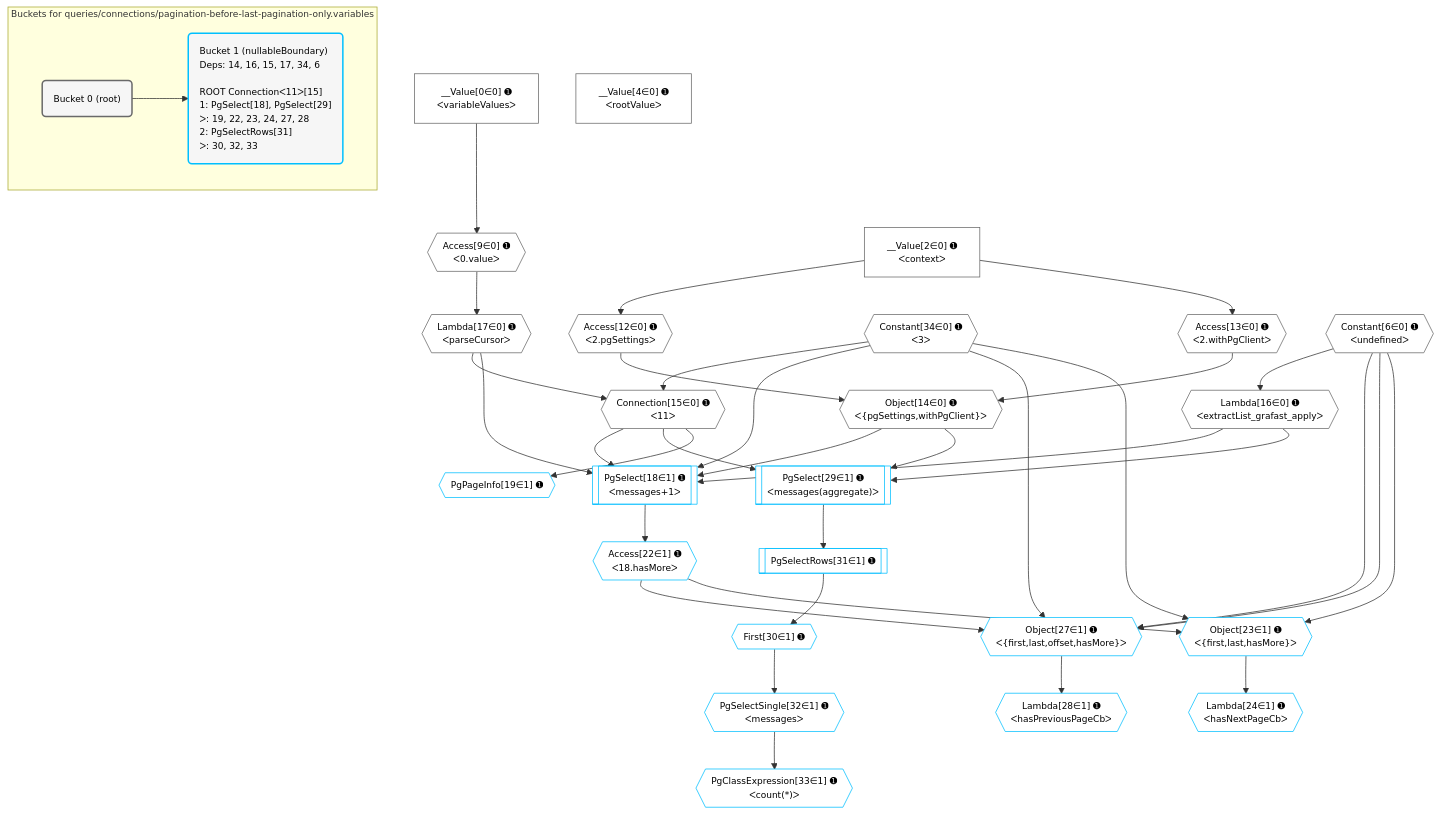
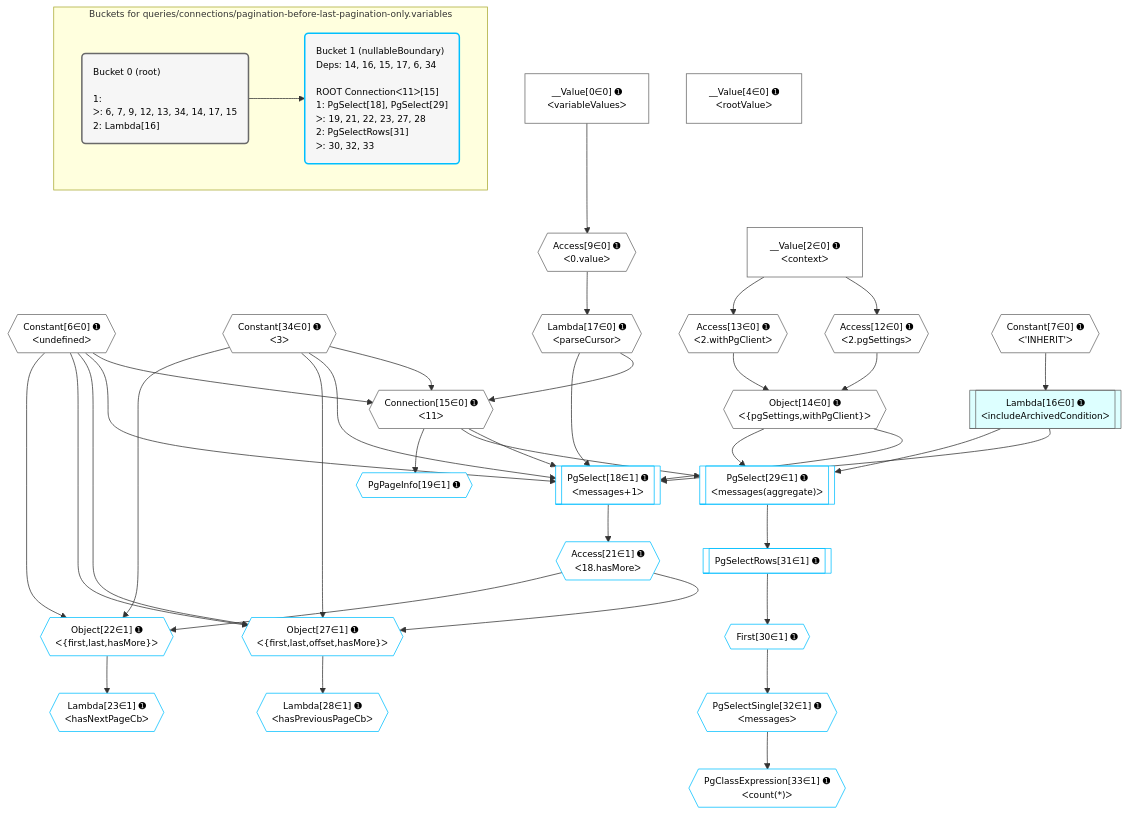
One commit to graphile/crystal changed the diagram in grafast/dataplan-pg/__tests__/queries/connections/pagination-before-last-pagination-only.variables.mermaid. Above: the diagram before and after it, drawn with Mermaid. The commit also changed 13 other files, not shown here.

```diff
--- a/grafast/dataplan-pg/__tests__/queries/connections/pagination-before-last-pagination-only.variables.mermaid
+++ b/grafast/dataplan-pg/__tests__/queries/connections/pagination-before-last-pagination-only.variables.mermaid
@@ -1,66 +1,67 @@
 %%{init: {'themeVariables': { 'fontSize': '12px'}}}%%
 graph TD
     classDef path fill:#eee,stroke:#000,color:#000
     classDef plan fill:#fff,stroke-width:1px,color:#000
     classDef itemplan fill:#fff,stroke-width:2px,color:#000
     classDef unbatchedplan fill:#dff,stroke-width:1px,color:#000
     classDef sideeffectplan fill:#fcc,stroke-width:2px,color:#000
     classDef bucket fill:#f6f6f6,color:#000,stroke-width:2px,text-align:left
 
 
     %% plan dependencies
+    Connection15{{"Connection[15∈0] ➊<br />ᐸ11ᐳ"}}:::plan
+    Constant6{{"Constant[6∈0] ➊<br />ᐸundefinedᐳ"}}:::plan
+    Constant34{{"Constant[34∈0] ➊<br />ᐸ3ᐳ"}}:::plan
+    Lambda17{{"Lambda[17∈0] ➊<br />ᐸparseCursorᐳ"}}:::plan
+    Constant6 & Constant34 & Lambda17 --> Connection15
     Object14{{"Object[14∈0] ➊<br />ᐸ{pgSettings,withPgClient}ᐳ"}}:::plan
     Access12{{"Access[12∈0] ➊<br />ᐸ2.pgSettingsᐳ"}}:::plan
     Access13{{"Access[13∈0] ➊<br />ᐸ2.withPgClientᐳ"}}:::plan
     Access12 & Access13 --> Object14
-    Connection15{{"Connection[15∈0] ➊<br />ᐸ11ᐳ"}}:::plan
-    Constant34{{"Constant[34∈0] ➊<br />ᐸ3ᐳ"}}:::plan
-    Lambda17{{"Lambda[17∈0] ➊<br />ᐸparseCursorᐳ"}}:::plan
-    Constant34 & Lambda17 --> Connection15
     Access9{{"Access[9∈0] ➊<br />ᐸ0.valueᐳ"}}:::plan
     __Value0["__Value[0∈0] ➊<br />ᐸvariableValuesᐳ"]:::plan
     __Value0 --> Access9
     __Value2["__Value[2∈0] ➊<br />ᐸcontextᐳ"]:::plan
     __Value2 --> Access12
     __Value2 --> Access13
-    Lambda16{{"Lambda[16∈0] ➊<br />ᐸextractList_grafast_applyᐳ"}}:::plan
-    Constant6{{"Constant[6∈0] ➊<br />ᐸundefinedᐳ"}}:::plan
-    Constant6 --> Lambda16
+    Lambda16[["Lambda[16∈0] ➊<br />ᐸincludeArchivedConditionᐳ"]]:::unbatchedplan
+    Constant7{{"Constant[7∈0] ➊<br />ᐸ'INHERIT'ᐳ"}}:::plan
+    Constant7 --> Lambda16
     Access9 --> Lambda17
     __Value4["__Value[4∈0] ➊<br />ᐸrootValueᐳ"]:::plan
     PgSelect18[["PgSelect[18∈1] ➊<br />ᐸmessages+1ᐳ"]]:::plan
-    Object14 & Lambda16 & Connection15 & Lambda17 & Constant34 --> PgSelect18
+    Object14 & Lambda16 & Connection15 & Lambda17 & Constant6 & Constant34 --> PgSelect18
     Object27{{"Object[27∈1] ➊<br />ᐸ{first,last,offset,hasMore}ᐳ"}}:::plan
-    Access22{{"Access[22∈1] ➊<br />ᐸ18.hasMoreᐳ"}}:::plan
-    Constant6 & Constant34 & Constant6 & Access22 --> Object27
-    Object23{{"Object[23∈1] ➊<br />ᐸ{first,last,hasMore}ᐳ"}}:::plan
-    Constant6 & Constant34 & Access22 --> Object23
+    Access21{{"Access[21∈1] ➊<br />ᐸ18.hasMoreᐳ"}}:::plan
+    Constant6 & Constant34 & Constant6 & Access21 --> Object27
+    Object22{{"Object[22∈1] ➊<br />ᐸ{first,last,hasMore}ᐳ"}}:::plan
+    Constant6 & Constant34 & Access21 --> Object22
     PgSelect29[["PgSelect[29∈1] ➊<br />ᐸmessages(aggregate)ᐳ"]]:::plan
     Object14 & Lambda16 & Connection15 --> PgSelect29
     PgPageInfo19{{"PgPageInfo[19∈1] ➊"}}:::plan
     Connection15 --> PgPageInfo19
-    PgSelect18 --> Access22
-    Lambda24{{"Lambda[24∈1] ➊<br />ᐸhasNextPageCbᐳ"}}:::plan
-    Object23 --> Lambda24
+    PgSelect18 --> Access21
+    Lambda23{{"Lambda[23∈1] ➊<br />ᐸhasNextPageCbᐳ"}}:::plan
+    Object22 --> Lambda23
     Lambda28{{"Lambda[28∈1] ➊<br />ᐸhasPreviousPageCbᐳ"}}:::plan
     Object27 --> Lambda28
     First30{{"First[30∈1] ➊"}}:::plan
     PgSelectRows31[["PgSelectRows[31∈1] ➊"]]:::plan
     PgSelectRows31 --> First30
     PgSelect29 --> PgSelectRows31
     PgSelectSingle32{{"PgSelectSingle[32∈1] ➊<br />ᐸmessagesᐳ"}}:::plan
     First30 --> PgSelectSingle32
     PgClassExpression33{{"PgClassExpression[33∈1] ➊<br />ᐸcount(*)ᐳ"}}:::plan
     PgSelectSingle32 --> PgClassExpression33
 
     %% define steps
 
     subgraph "Buckets for queries/connections/pagination-before-last-pagination-only.variables"
-    Bucket0("Bucket 0 (root)"):::bucket
+    Bucket0("Bucket 0 (root)<br /><br />1: <br />ᐳ: 6, 7, 9, 12, 13, 34, 14, 17, 15<br />2: Lambda[16]"):::bucket
     classDef bucket0 stroke:#696969
-    class Bucket0,__Value0,__Value2,__Value4,Constant6,Access9,Access12,Access13,Object14,Connection15,Lambda16,Lambda17,Constant34 bucket0
-    Bucket1("Bucket 1 (nullableBoundary)<br />Deps: 14, 16, 15, 17, 34, 6<br /><br />ROOT Connectionᐸ11ᐳ[15]<br />1: PgSelect[18], PgSelect[29]<br />ᐳ: 19, 22, 23, 24, 27, 28<br />2: PgSelectRows[31]<br />ᐳ: 30, 32, 33"):::bucket
+    class Bucket0,__Value0,__Value2,__Value4,Constant6,Constant7,Access9,Access12,Access13,Object14,Connection15,Lambda16,Lambda17,Constant34 bucket0
+    Bucket1("Bucket 1 (nullableBoundary)<br />Deps: 14, 16, 15, 17, 6, 34<br /><br />ROOT Connectionᐸ11ᐳ[15]<br />1: PgSelect[18], PgSelect[29]<br />ᐳ: 19, 21, 22, 23, 27, 28<br />2: PgSelectRows[31]<br />ᐳ: 30, 32, 33"):::bucket
     classDef bucket1 stroke:#00bfff
-    class Bucket1,PgSelect18,PgPageInfo19,Access22,Object23,Lambda24,Object27,Lambda28,PgSelect29,First30,PgSelectRows31,PgSelectSingle32,PgClassExpression33 bucket1
+    class Bucket1,PgSelect18,PgPageInfo19,Access21,Object22,Lambda23,Object27,Lambda28,PgSelect29,First30,PgSelectRows31,PgSelectSingle32,PgClassExpression33 bucket1
     Bucket0 --> Bucket1
     end
```
